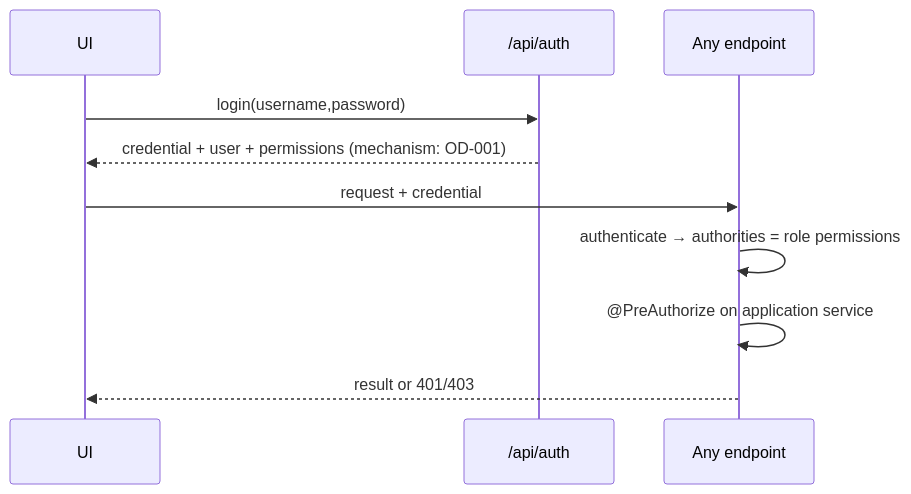
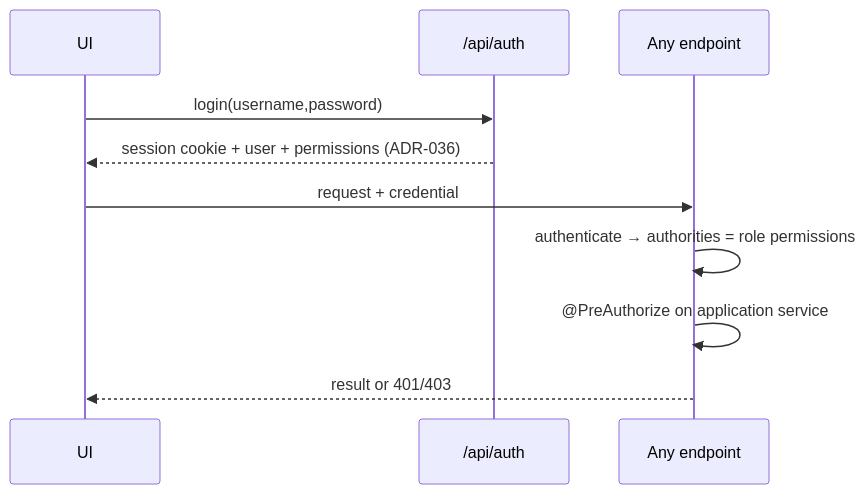
The third of 3 diagrams in docs/architecture.md (abderrahimlouay/ims-veterinary), drawn with Mermaid before and after one commit. The commit also changed other lines of this file and 12 other files, not shown here.

````diff
--- a/docs/architecture.md
+++ b/docs/architecture.md
@@ -105,12 +105,12 @@
 ```mermaid
 sequenceDiagram
   participant UI
   participant A as /api/auth
   participant API as Any endpoint
   UI->>A: login(username,password)
-  A-->>UI: credential + user + permissions   (mechanism: OD-001)
+  A-->>UI: session cookie + user + permissions   (ADR-036)
   UI->>API: request + credential
   API->>API: authenticate → authorities = role permissions
   API->>API: @PreAuthorize on application service
   API-->>UI: result or 401/403
 ```
````
